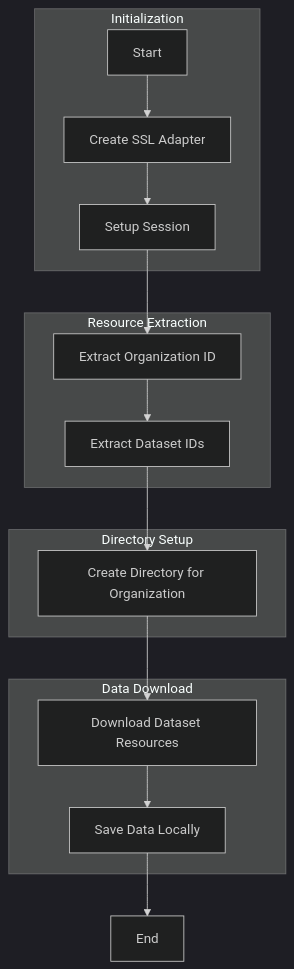
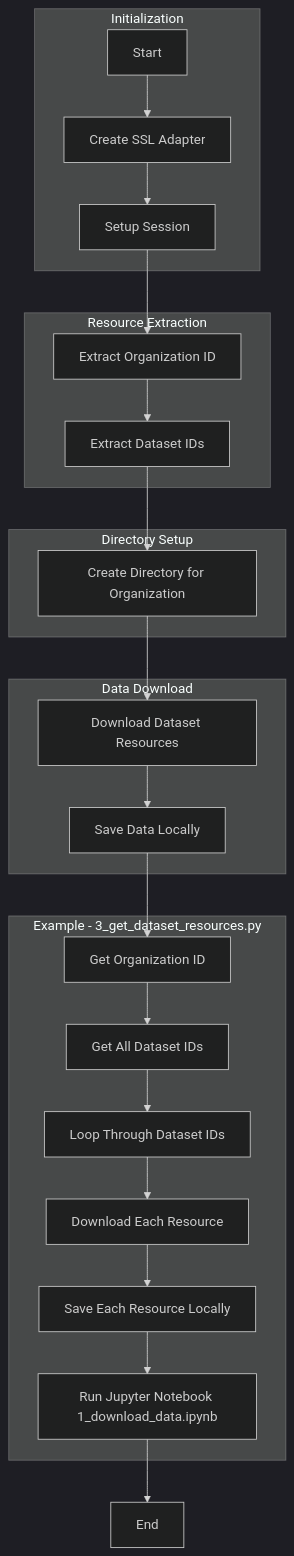
One commit to Esturban/open_ksa changed the diagram in README.md. Above: the diagram before and after it, drawn with Mermaid (dark theme). The commit also changed other lines of this file, not shown here.

````diff
--- a/README.md
+++ b/README.md
@@ -31,23 +31,32 @@
 ```mermaid
 graph TD
     subgraph Initialization
         A[Start] --> B[Create SSL Adapter]
         B --> C[Setup Session]
     end
 
     subgraph Resource Extraction
         C --> D[Extract Organization ID]
         D --> E[Extract Dataset IDs]
     end
 
     subgraph Directory Setup
         E --> F[Create Directory for Organization]
     end
 
     subgraph Data Download
         F --> G[Download Dataset Resources]
         G --> H[Save Data Locally]
     end
 
-    H --> I[End]
+    subgraph Example - 3_get_dataset_resources.py
+        H --> J[Get Organization ID]
+        J --> J1[Get All Dataset IDs]
+        J1 --> K[Loop Through Dataset IDs]
+        K --> L[Download Each Resource]
+        L --> M[Save Each Resource Locally]
+        M --> N[Run Jupyter Notebook 1_download_data.ipynb]
+    end
+
+    N --> I[End]
 ```
````
